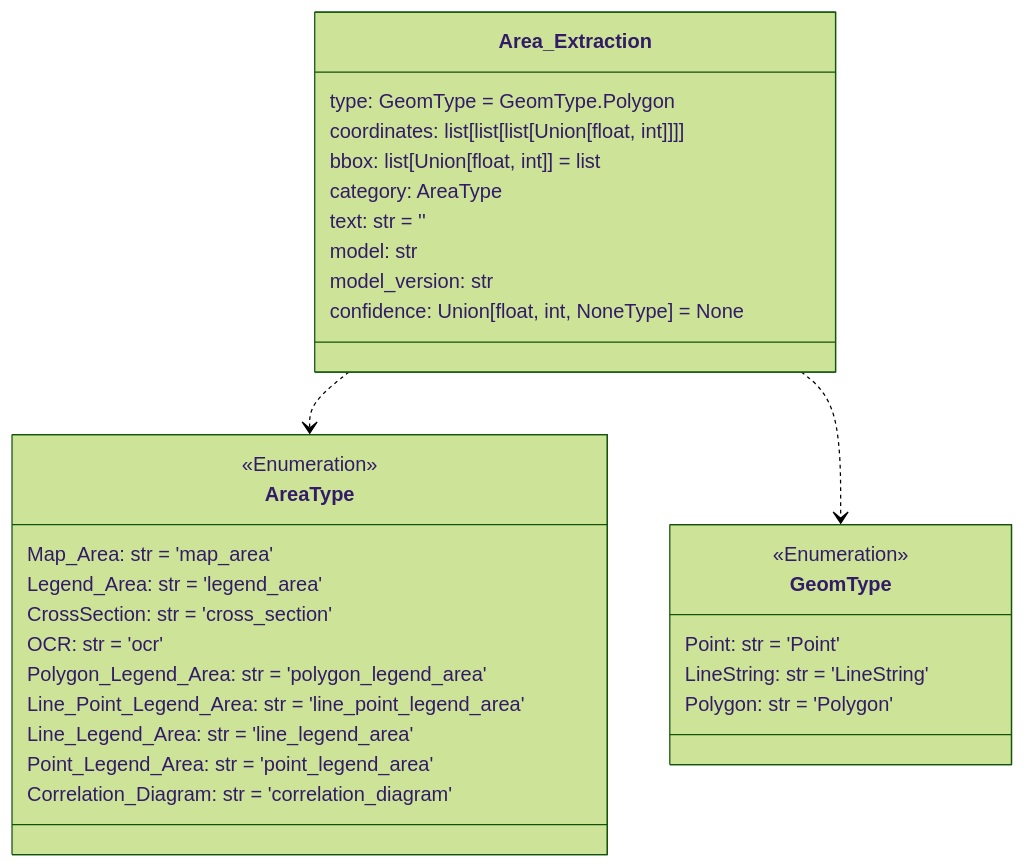
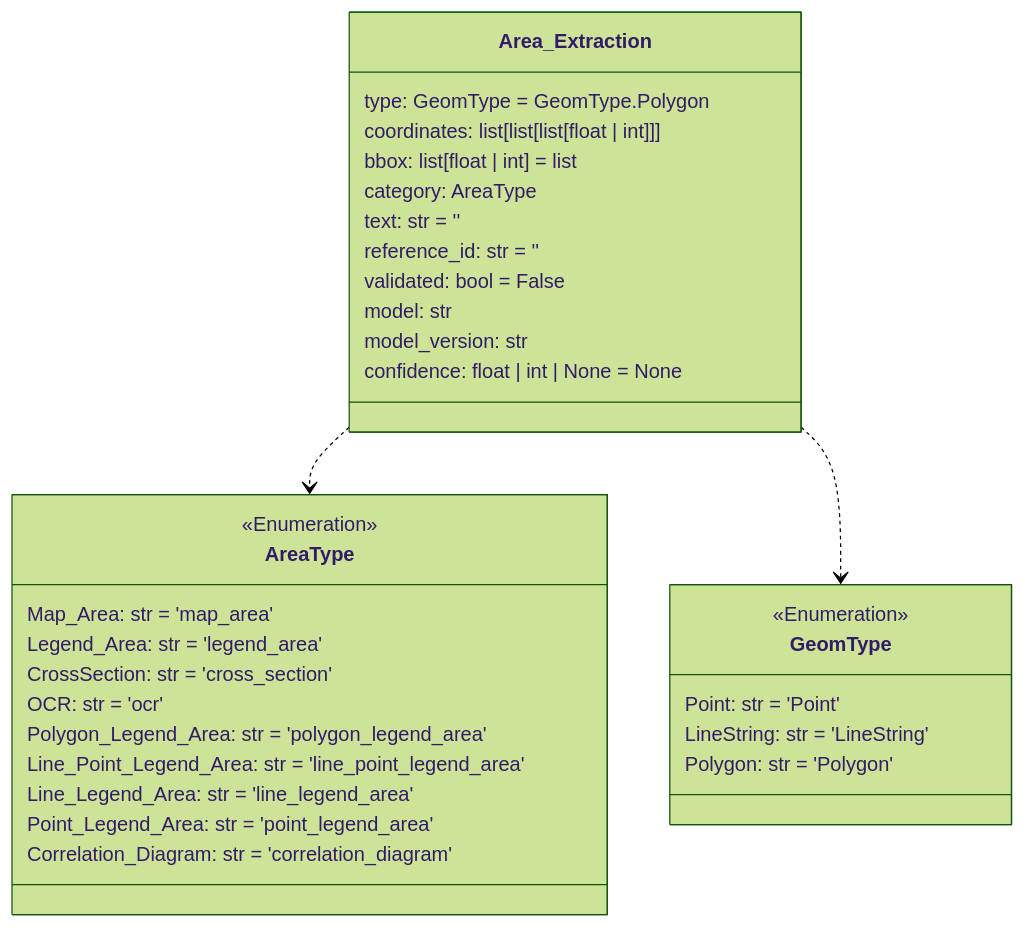
Before and after one commit to DARPA-CRITICALMAAS/cdr_schemas: the first of 12 diagrams in README.md, drawn with Mermaid (forest theme). The commit also changed other lines of this file, not shown here.

Commit message:
Update README with new ERD

````diff
--- a/README.md
+++ b/README.md
@@ -66,39 +66,41 @@
 ```mermaid
 classDiagram
 
     class Area_Extraction {
         type: GeomType = GeomType.Polygon
-        coordinates: list[list[list[Union[float, int]]]]
-        bbox: list[Union[float, int]] = list
+        coordinates: list[list[list[float | int]]]
+        bbox: list[float | int] = list
         category: AreaType
         text: str = ''
+        reference_id: str = ''
+        validated: bool = False
         model: str
         model_version: str
-        confidence: Union[float, int, NoneType] = None
+        confidence: float | int | None = None
     }
 
     class AreaType {
         <<Enumeration>>
         Map_Area: str = 'map_area'
         Legend_Area: str = 'legend_area'
         CrossSection: str = 'cross_section'
         OCR: str = 'ocr'
         Polygon_Legend_Area: str = 'polygon_legend_area'
         Line_Point_Legend_Area: str = 'line_point_legend_area'
         Line_Legend_Area: str = 'line_legend_area'
         Point_Legend_Area: str = 'point_legend_area'
         Correlation_Diagram: str = 'correlation_diagram'
     }
 
     class GeomType {
         <<Enumeration>>
         Point: str = 'Point'
         LineString: str = 'LineString'
         Polygon: str = 'Polygon'
     }
 
     Area_Extraction ..> AreaType
     Area_Extraction ..> GeomType
 
 
 ```
````
